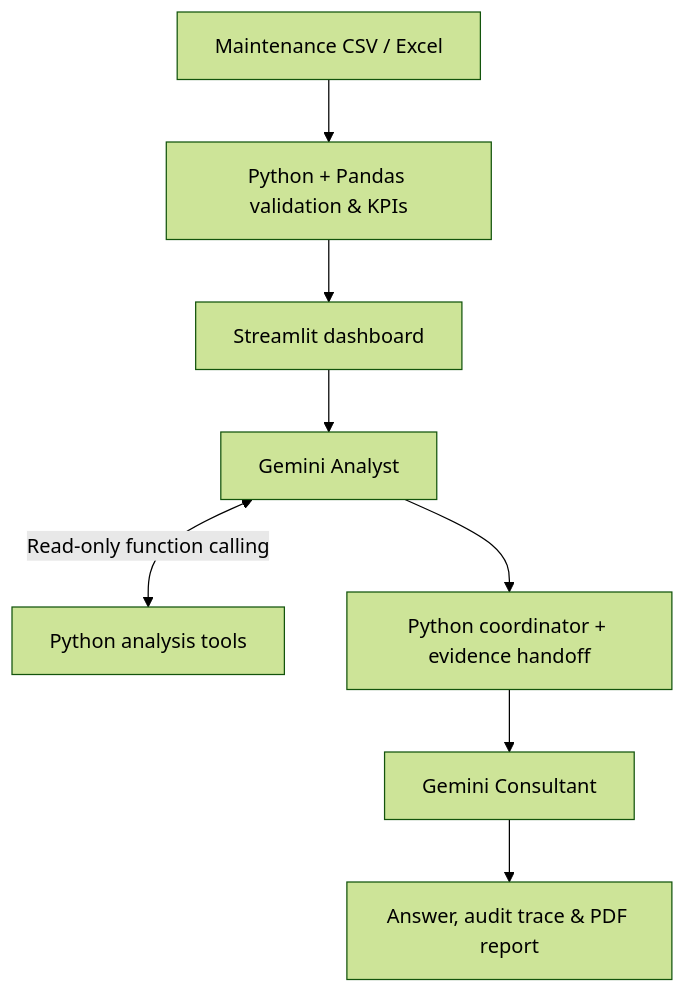
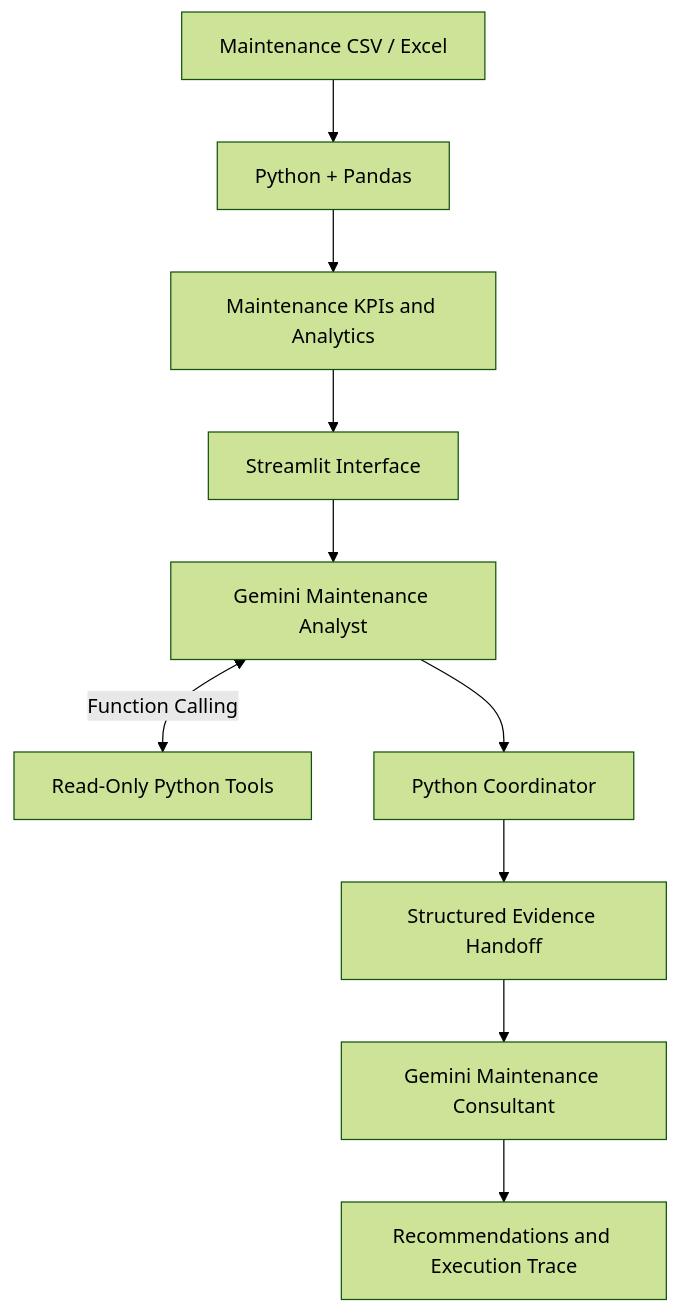
The diagram in README.md (ioglas-af/ai-maintenance), drawn with Mermaid (forest theme) before and after one commit. The commit also changed other lines of this file and 3 other files, not shown here.

````diff
--- a/README.md
+++ b/README.md
@@ -25,10 +69,12 @@
 ```mermaid
 flowchart TD
-    A[Maintenance CSV / Excel] --> B[Python + Pandas validation & KPIs]
-    B --> C[Streamlit dashboard]
-    C --> D[Gemini Analyst]
-    D <-->|Read-only function calling| E[Python analysis tools]
-    D --> F[Python coordinator + evidence handoff]
-    F --> G[Gemini Consultant]
-    G --> H[Answer, audit trace & PDF report]
+    A[Maintenance CSV / Excel] --> B[Python + Pandas]
+    B --> C[Maintenance KPIs and Analytics]
+    C --> D[Streamlit Interface]
+    D --> E[Gemini Maintenance Analyst]
+    E <-->|Function Calling| F[Read-Only Python Tools]
+    E --> G[Python Coordinator]
+    G --> H[Structured Evidence Handoff]
+    H --> I[Gemini Maintenance Consultant]
+    I --> J[Recommendations and Execution Trace]
 ```
````
